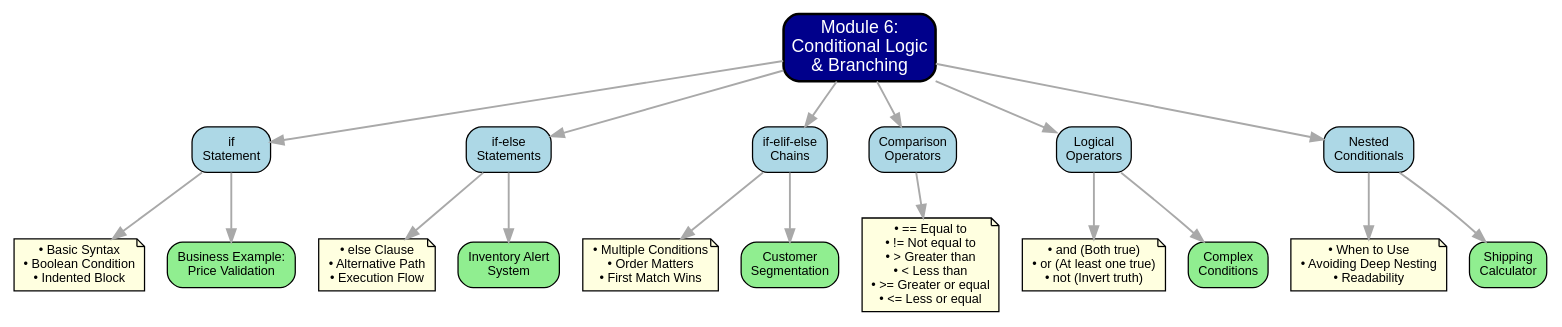
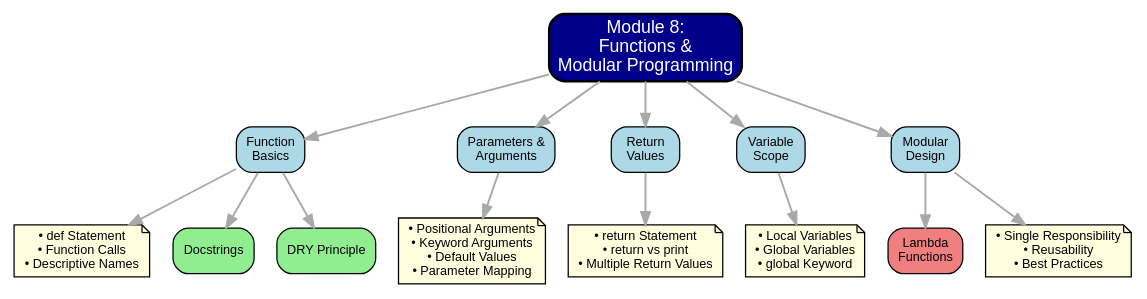
One commit to prof-tcsmith/muma-intro-python changed the diagram in images/mindmaps/module06-mindmap.dot. Above: the diagram before and after it, drawn with Graphviz. The commit also changed 32 other files, not shown here.

```diff
--- a/images/mindmaps/module06-mindmap.dot
+++ b/images/mindmaps/module06-mindmap.dot
@@ -1,48 +1,41 @@
-digraph Module6_MindMap {
+digraph Module8_MindMap {
     rankdir=TB;
     node [shape=box, style="rounded,filled", fillcolor=lightblue, fontname="Arial", fontsize=10];
     edge [color=darkgray, penwidth=1.5];
     
     // Central node
-    central [label="Module 6:\nConditional Logic\n& Branching", fillcolor=darkblue, fontcolor=white, fontsize=14, penwidth=2];
+    central [label="Module 8:\nFunctions &\nModular Programming", fillcolor=darkblue, fontcolor=white, fontsize=14, penwidth=2];
     
     // Main branches
-    if_statement [label="if\nStatement", fillcolor=lightblue];
-    if_else [label="if-else\nStatements", fillcolor=lightblue];
-    if_elif_else [label="if-elif-else\nChains", fillcolor=lightblue];
-    comparison [label="Comparison\nOperators", fillcolor=lightblue];
-    logical [label="Logical\nOperators", fillcolor=lightblue];
-    nested [label="Nested\nConditionals", fillcolor=lightblue];
+    basics [label="Function\nBasics", fillcolor=lightblue];
+    params [label="Parameters &\nArguments", fillcolor=lightblue];
+    returns [label="Return\nValues", fillcolor=lightblue];
+    scope [label="Variable\nScope", fillcolor=lightblue];
+    modular [label="Modular\nDesign", fillcolor=lightblue];
     
-    // Sub-branches for if Statement
-    basic_syntax [label="• Basic Syntax\n• Boolean Condition\n• Indented Block", shape=note, fillcolor=lightyellow];
-    if_example [label="Business Example:\nPrice Validation", fillcolor=lightgreen];
+    // Sub-branches for Function Basics
+    def_concepts [label="• def Statement\n• Function Calls\n• Descriptive Names", shape=note, fillcolor=lightyellow];
+    documentation [label="Docstrings", fillcolor=lightgreen];
+    dry [label="DRY Principle", fillcolor=lightgreen];
     
-    // Sub-branches for if-else
-    else_syntax [label="• else Clause\n• Alternative Path\n• Execution Flow", shape=note, fillcolor=lightyellow];
-    else_example [label="Inventory Alert\nSystem", fillcolor=lightgreen];
+    // Sub-branches for Parameters & Arguments
+    param_types [label="• Positional Arguments\n• Keyword Arguments\n• Default Values\n• Parameter Mapping", shape=note, fillcolor=lightyellow];
     
-    // Sub-branches for if-elif-else
-    elif_syntax [label="• Multiple Conditions\n• Order Matters\n• First Match Wins", shape=note, fillcolor=lightyellow];
-    elif_example [label="Customer\nSegmentation", fillcolor=lightgreen];
+    // Sub-branches for Return Values
+    return_concepts [label="• return Statement\n• return vs print\n• Multiple Return Values", shape=note, fillcolor=lightyellow];
     
-    // Sub-branches for Comparison Operators
-    comp_types [label="• == Equal to\n• != Not equal to\n• > Greater than\n• < Less than\n• >= Greater or equal\n• <= Less or equal", shape=note, fillcolor=lightyellow];
+    // Sub-branches for Variable Scope
+    scope_types [label="• Local Variables\n• Global Variables\n• global Keyword", shape=note, fillcolor=lightyellow];
     
-    // Sub-branches for Logical Operators
-    logical_types [label="• and (Both true)\n• or (At least one true)\n• not (Invert truth)", shape=note, fillcolor=lightyellow];
-    complex_cond [label="Complex\nConditions", fillcolor=lightgreen];
-    
-    // Sub-branches for Nested Conditionals
-    nested_use [label="• When to Use\n• Avoiding Deep Nesting\n• Readability", shape=note, fillcolor=lightyellow];
-    nested_example [label="Shipping\nCalculator", fillcolor=lightgreen];
+    // Sub-branches for Modular Design
+    lambda_func [label="Lambda\nFunctions", fillcolor=lightcoral];
+    design_principles [label="• Single Responsibility\n• Reusability\n• Best Practices", shape=note, fillcolor=lightyellow];
     
     // Connections
-    central -> {if_statement if_else if_elif_else comparison logical nested};
-    if_statement -> {basic_syntax if_example};
-    if_else -> {else_syntax else_example};
-    if_elif_else -> {elif_syntax elif_example};
-    comparison -> comp_types;
-    logical -> {logical_types complex_cond};
-    nested -> {nested_use nested_example};
+    central -> {basics params returns scope modular};
+    basics -> {def_concepts documentation dry};
+    params -> param_types;
+    returns -> return_concepts;
+    scope -> scope_types;
+    modular -> {lambda_func design_principles};
 }
```
